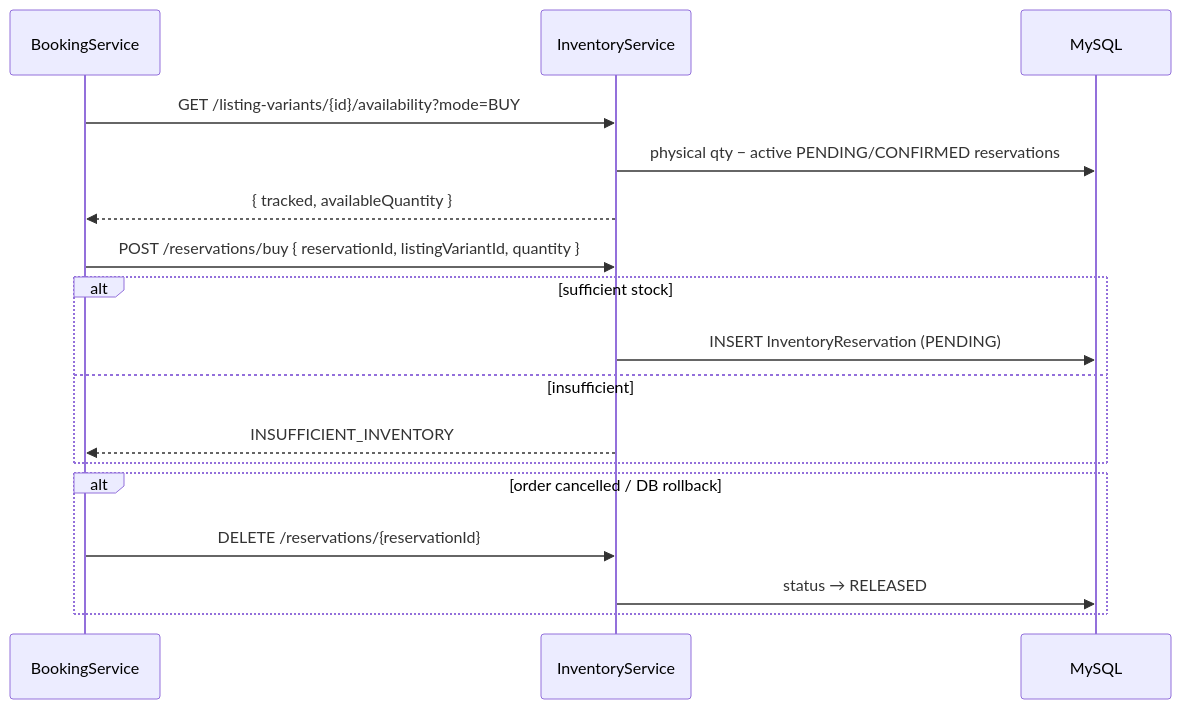
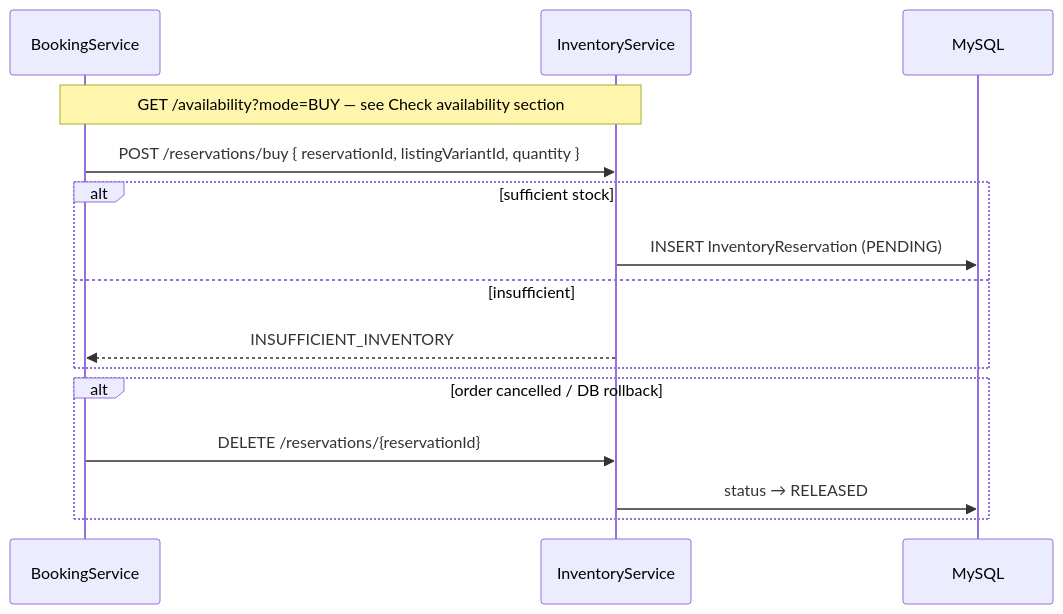
The fifth of 7 diagrams in inventoryservice/README.md (Naodab/Second_Life), drawn with Mermaid before and after one commit. The commit also changed other lines of this file, not shown here.

````diff
--- a/inventoryservice/README.md
+++ b/inventoryservice/README.md
@@ -67,20 +228,18 @@
 ```mermaid
 sequenceDiagram
   participant B as BookingService
   participant I as InventoryService
   participant DB as MySQL
 
-  B->>I: GET /listing-variants/{id}/availability?mode=BUY
-  I->>DB: physical qty − active PENDING/CONFIRMED reservations
-  I-->>B: { tracked, availableQuantity }
+  Note over B,I: GET /availability?mode=BUY — see Check availability section
   B->>I: POST /reservations/buy { reservationId, listingVariantId, quantity }
   alt sufficient stock
     I->>DB: INSERT InventoryReservation (PENDING)
   else insufficient
     I-->>B: INSUFFICIENT_INVENTORY
   end
   alt order cancelled / DB rollback
     B->>I: DELETE /reservations/{reservationId}
     I->>DB: status → RELEASED
   end
 ```
````
